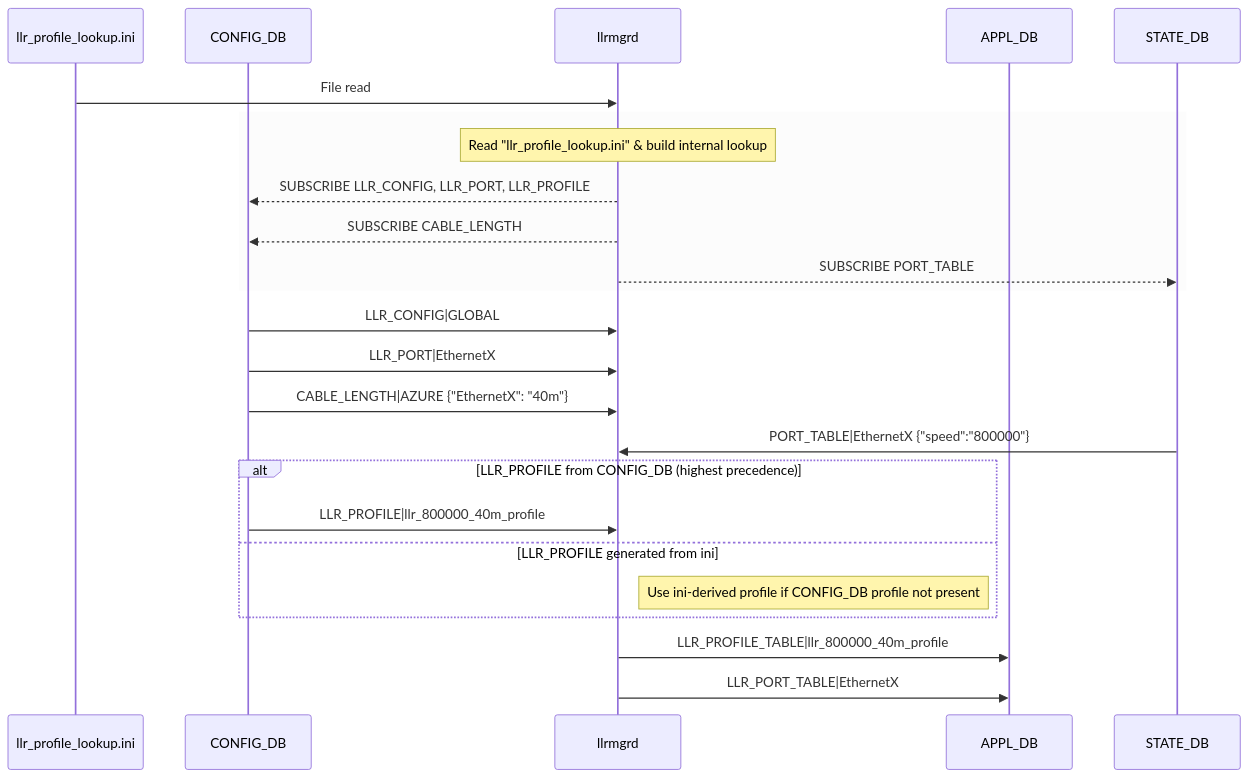
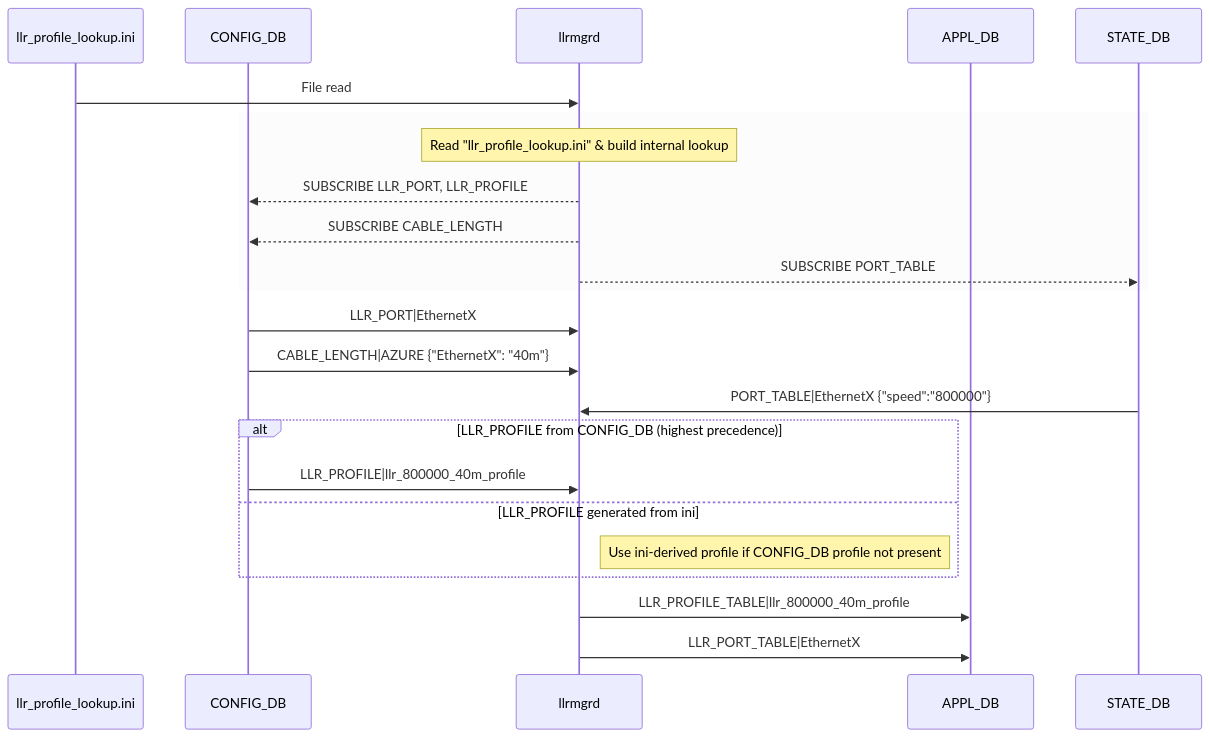
The second of 4 diagrams in doc/llr/Link_Layer_Retry_Design.md (sonic-net/SONiC), drawn with Mermaid before and after one commit. The commit also changed other lines of this file and 2 other files, not shown here.

Commit message:
LLR HLD updates

````diff
--- a/doc/llr/Link_Layer_Retry_Design.md
+++ b/doc/llr/Link_Layer_Retry_Design.md
@@ -199,37 +196,36 @@
 ```mermaid
 sequenceDiagram
     participant INI as llr_profile_lookup.ini
     participant CFG as CONFIG_DB
     participant LLR as llrmgrd
     participant APPL as APPL_DB
     participant STATE as STATE_DB
 
     INI->>LLR: File read
     %% -------------------- Init & Subscriptions --------------------
     rect rgba(245,245,245,0.35)
       note over LLR: Read "llr_profile_lookup.ini" & build internal lookup
 
-      LLR-->>CFG: SUBSCRIBE LLR_CONFIG, LLR_PORT, LLR_PROFILE
+      LLR-->>CFG: SUBSCRIBE LLR_PORT, LLR_PROFILE
       LLR-->>CFG: SUBSCRIBE CABLE_LENGTH
       LLR-->>STATE: SUBSCRIBE PORT_TABLE
     end
 
     %% -------------------- CONFIG_DB change notifications --------------------
-    CFG->>LLR: LLR_CONFIG|GLOBAL
     CFG->>LLR: LLR_PORT|EthernetX
     CFG->>LLR: CABLE_LENGTH|AZURE {"EthernetX": "40m"}
 
     %% -------------------- STATE_DB-driven input (e.g., speed/oper status) --------------------
     STATE->>LLR: PORT_TABLE|EthernetX {"speed":"800000"}
 
     %% -------------------- Optional profile with precedence --------------------
     alt LLR_PROFILE from CONFIG_DB (highest precedence)
         CFG->>LLR: LLR_PROFILE|llr_800000_40m_profile
     else LLR_PROFILE generated from ini        
         note right of LLR: Use ini-derived profile if CONFIG_DB profile not present
     end
 
     %% -------------------- llrmgd writes to APPL_DB --------------------
     LLR->>APPL: LLR_PROFILE_TABLE|llr_800000_40m_profile
     LLR->>APPL: LLR_PORT_TABLE|EthernetX
 ```
````
